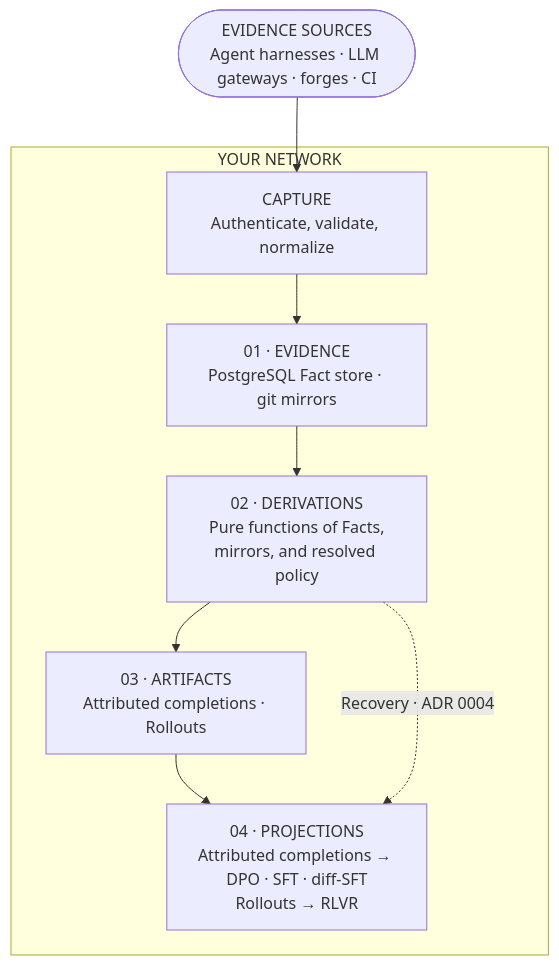
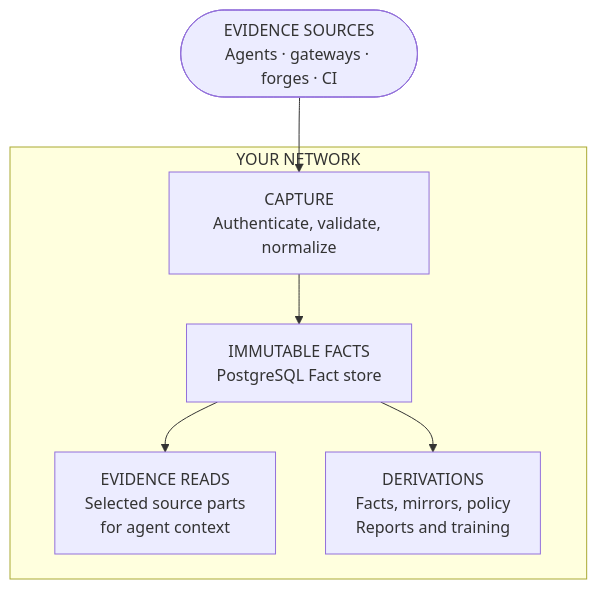
The diagram in docs/explanation/architecture.md (sediment-ai/sediment), drawn with Mermaid before and after one commit. The commit also changed other lines of this file and 7 other files, not shown here.

Commit message:
docs: position Sediment as a coding-agent evidence store

````diff
--- a/docs/explanation/architecture.md
+++ b/docs/explanation/architecture.md
@@ -19,16 +23,15 @@
 ```mermaid
 flowchart TB
-  SRC(["EVIDENCE SOURCES<br/>Agent harnesses · LLM gateways · forges · CI"])
+  SRC(["EVIDENCE SOURCES<br/>Agents · gateways · forges · CI"])
 
   subgraph network["YOUR NETWORK"]
     CAP["CAPTURE<br/>Authenticate, validate, normalize"]
-    FACTS["01 · EVIDENCE<br/>PostgreSQL Fact store · git mirrors"]
-    DER["02 · DERIVATIONS<br/>Pure functions of Facts,<br/>mirrors, and resolved policy"]
-    ART["03 · ARTIFACTS<br/>Attributed completions · Rollouts"]
-    PROJ["04 · PROJECTIONS<br/>Attributed completions → DPO · SFT · diff-SFT<br/>Rollouts → RLVR"]
+    FACTS["IMMUTABLE FACTS<br/>PostgreSQL Fact store"]
+    READ["EVIDENCE READS<br/>Selected source parts<br/>for agent context"]
+    DER["DERIVATIONS<br/>Facts, mirrors, policy<br/>Reports and training"]
   end
 
   SRC --> CAP --> FACTS
-  FACTS --> DER --> ART --> PROJ
-  DER -. "Recovery · ADR 0004" .-> PROJ
+  FACTS --> READ
+  FACTS --> DER
 ```
````
